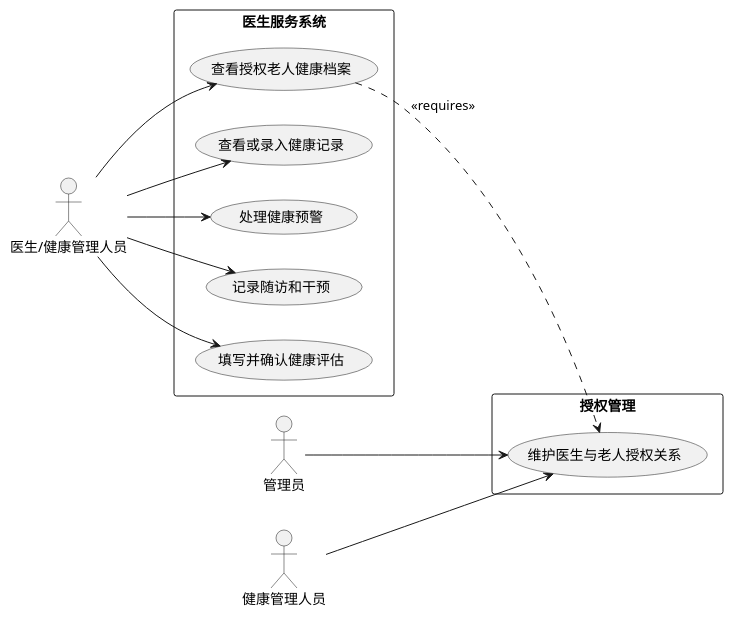
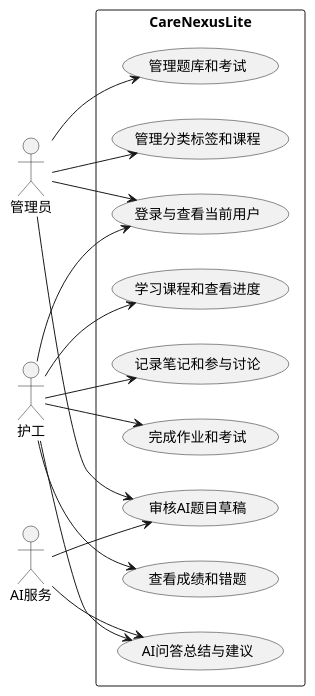
Before and after one commit to thesantaana/Care-Nexus: the diagram in docs/requirements/用例模型.md, drawn with PlantUML. The commit also changed other lines of this file and 110 other files, not shown here.

Commit message:
feat: consolidate latest CareNexus Lite product

````diff
--- a/docs/requirements/用例模型.md
+++ b/docs/requirements/用例模型.md
@@ -261,29 +9,31 @@
 ```plantuml
 @startuml
 left to right direction
-actor "医生/健康管理人员" as Doctor
-actor "管理员" as Admin
-actor "健康管理人员" as HealthManager
-
-rectangle "医生服务系统" {
-  usecase "查看授权老人健康档案" as UC1
-  usecase "查看或录入健康记录" as UC2
-  usecase "处理健康预警" as UC3
-  usecase "记录随访和干预" as UC4
-  usecase "填写并确认健康评估" as UC5
+actor 管理员
+actor 护工
+actor AI服务
+rectangle CareNexusLite {
+  usecase "登录与查看当前用户" as UC1
+  usecase "管理分类标签和课程" as UC2
+  usecase "管理题库和考试" as UC3
+  usecase "审核AI题目草稿" as UC4
+  usecase "学习课程和查看进度" as UC5
+  usecase "记录笔记和参与讨论" as UC6
+  usecase "完成作业和考试" as UC7
+  usecase "查看成绩和错题" as UC8
+  usecase "AI问答总结与建议" as UC9
 }
-
-rectangle "授权管理" {
-  usecase "维护医生与老人授权关系" as UC6
-}
-
-Doctor --> UC1
-Doctor --> UC2
-Doctor --> UC3
-Doctor --> UC4
-Doctor --> UC5
-Admin --> UC6
-HealthManager --> UC6
-UC1 ..> UC6 : <<requires>>
+管理员 --> UC1
+管理员 --> UC2
+管理员 --> UC3
+管理员 --> UC4
+护工 --> UC1
+护工 --> UC5
+护工 --> UC6
+护工 --> UC7
+护工 --> UC8
+护工 --> UC9
+AI服务 --> UC4
+AI服务 --> UC9
 @enduml
 ```
````
